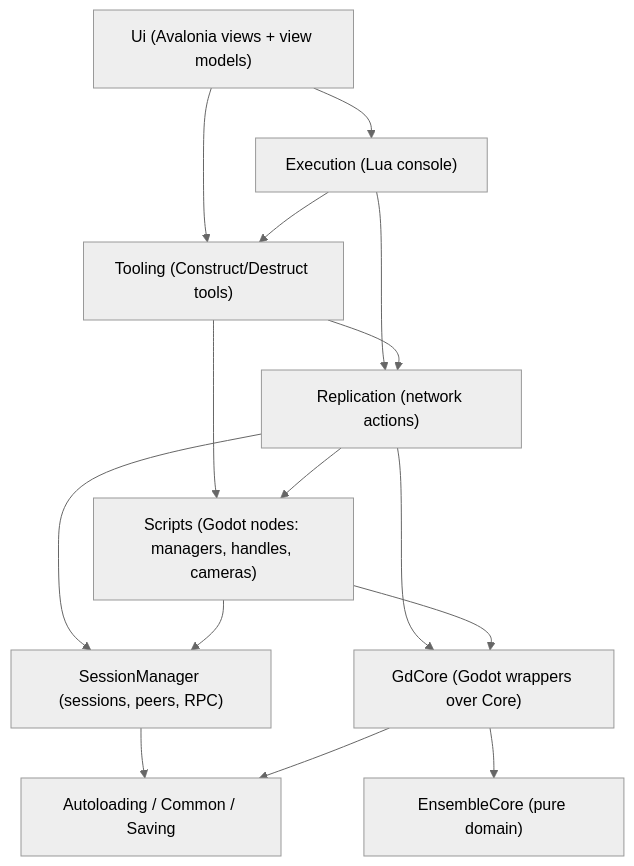
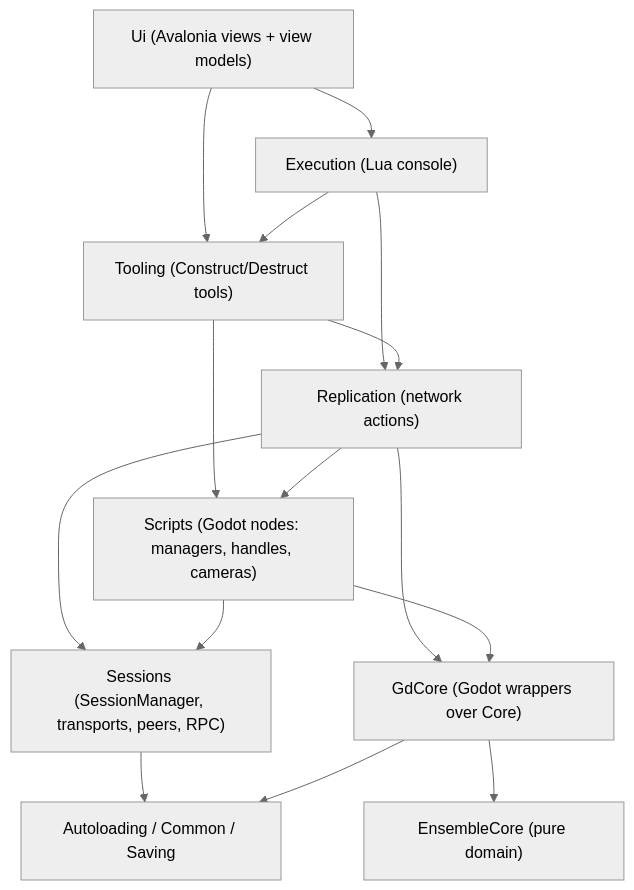
The first of 5 diagrams in .github/README.md (SubParSuperCar/Ensemble), drawn with Mermaid (neutral theme) before and after one commit. The commit also changed other lines of this file and 217 other files, not shown here.

````diff
--- a/.github/README.md
+++ b/.github/README.md
@@ -260,27 +262,27 @@
 ```mermaid
 graph TD
     Ui["Ui (Avalonia views + view models)"]
     Execution["Execution (Lua console)"]
     Tooling["Tooling (Construct/Destruct tools)"]
     Replication["Replication (network actions)"]
     Scripts["Scripts (Godot nodes: managers, handles, cameras)"]
-    SessionManager["SessionManager (sessions, peers, RPC)"]
+    Sessions["Sessions (SessionManager, transports, peers, RPC)"]
     GdCore["GdCore (Godot wrappers over Core)"]
     Foundation["Autoloading / Common / Saving"]
     Core["EnsembleCore (pure domain)"]
 
     Ui --> Execution
     Ui --> Tooling
     Execution --> Tooling
     Execution --> Replication
     Tooling --> Replication
     Tooling --> Scripts
     Replication --> Scripts
-    Replication --> SessionManager
+    Replication --> Sessions
     Replication --> GdCore
-    Scripts --> SessionManager
+    Scripts --> Sessions
     Scripts --> GdCore
-    SessionManager --> Foundation
+    Sessions --> Foundation
     GdCore --> Core
     GdCore --> Foundation
 ```
````
